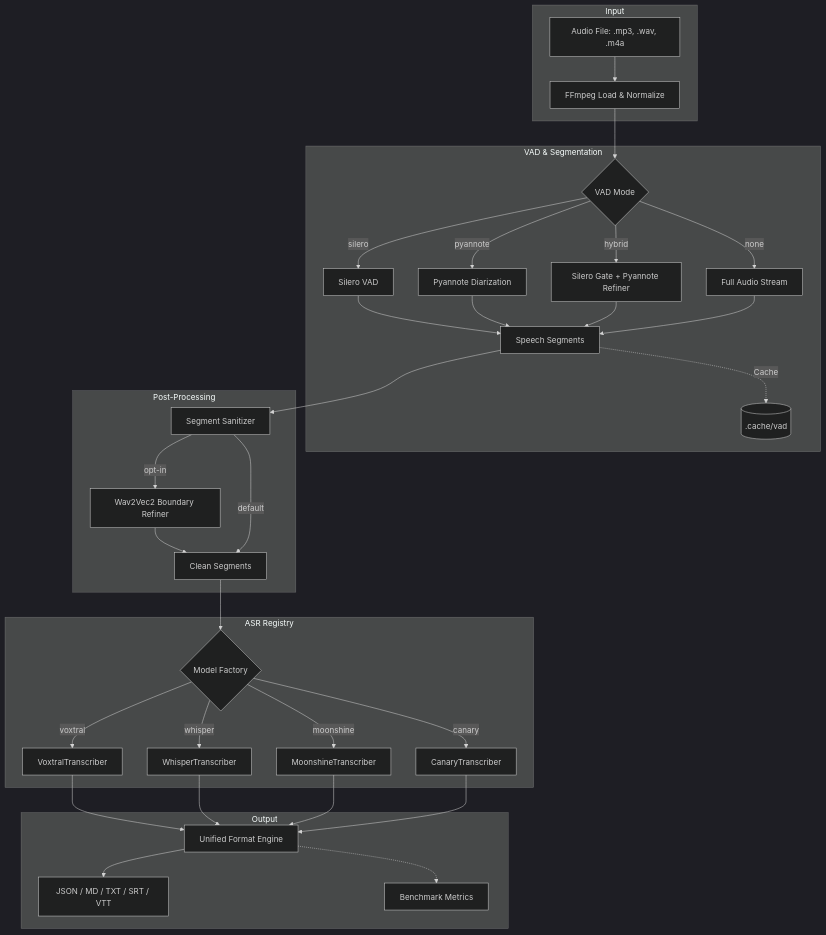
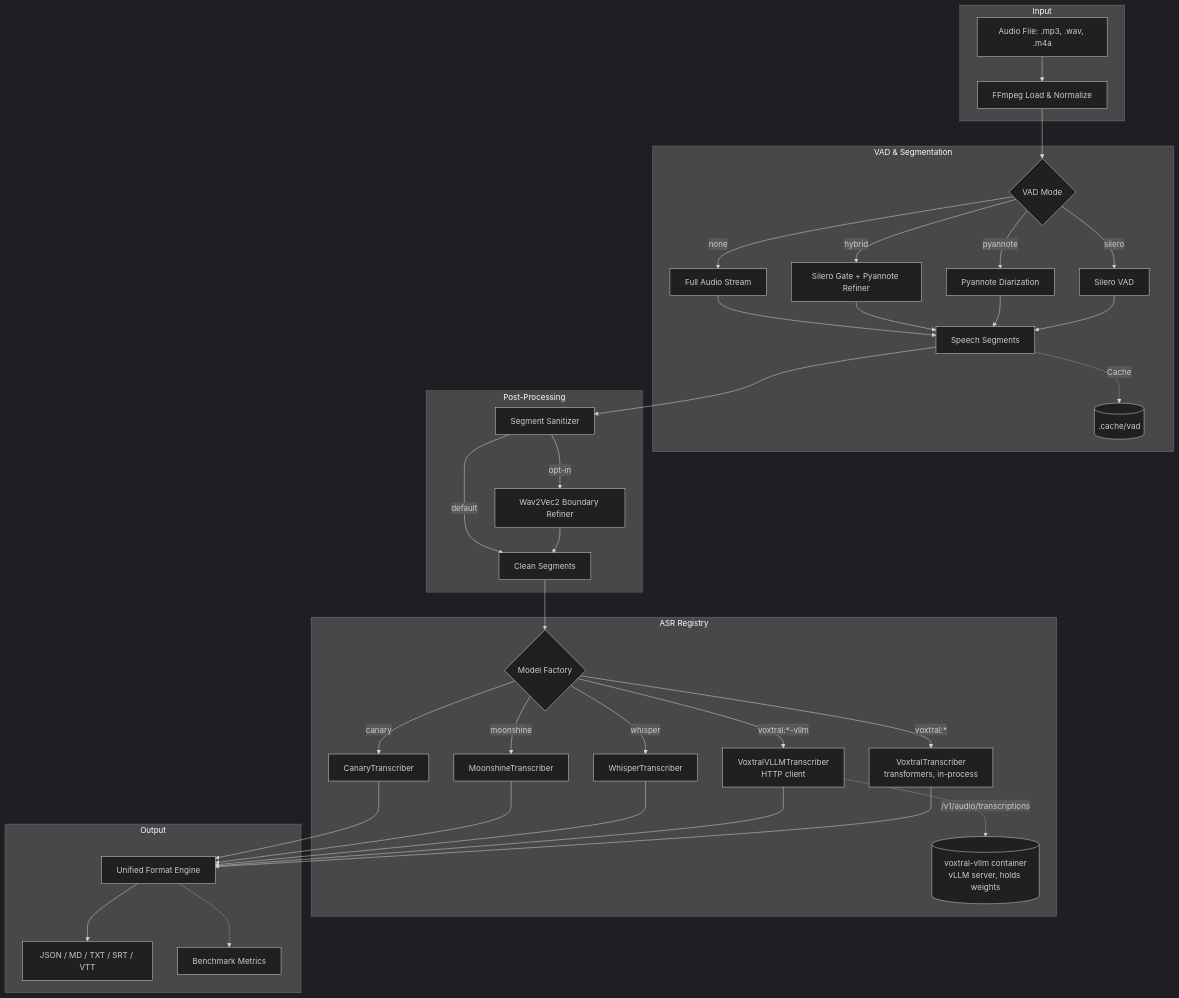
The diagram in README.md (ghecko/VoxBench), drawn with Mermaid (dark theme) before and after one commit. The commit also changed other lines of this file and 7 other files, not shown here.

First line of the commit message:
feat: add vLLM backend for Voxtral, default FA2 on non-Blackwell CUDA

````diff
--- a/README.md
+++ b/README.md
@@ -284,38 +363,40 @@
 ```mermaid
 graph TD
     subgraph Input
         A[Audio File: .mp3, .wav, .m4a] --> B[FFmpeg Load & Normalize]
     end
 
     subgraph "VAD & Segmentation"
         B --> C{VAD Mode}
         C -->|silero| D[Silero VAD]
         C -->|pyannote| E[Pyannote Diarization]
         C -->|hybrid| F[Silero Gate + Pyannote Refiner]
         C -->|none| G[Full Audio Stream]
 
         D & E & F & G --> H[Speech Segments]
         H -.->|Cache| I[(.cache/vad)]
     end
 
     subgraph "Post-Processing"
         H --> H1[Segment Sanitizer]
         H1 -->|opt-in| H2[Wav2Vec2 Boundary Refiner]
         H2 --> H3[Clean Segments]
         H1 -->|default| H3
     end
 
     subgraph "ASR Registry"
         H3 --> J{Model Factory}
-        J -->|voxtral| K[VoxtralTranscriber]
+        J -->|voxtral:*| K[VoxtralTranscriber<br/>transformers, in-process]
+        J -->|voxtral:*-vllm| KV[VoxtralVLLMTranscriber<br/>HTTP client]
+        KV -.->|/v1/audio/transcriptions| KVS[(voxtral-vllm container<br/>vLLM server, holds weights)]
         J -->|whisper| L[WhisperTranscriber]
         J -->|moonshine| M[MoonshineTranscriber]
         J -->|canary| N[CanaryTranscriber]
     end
 
     subgraph "Output"
-        K & L & M & N --> O[Unified Format Engine]
+        K & KV & L & M & N --> O[Unified Format Engine]
         O --> P[JSON / MD / TXT / SRT / VTT]
         O -.-> Q[Benchmark Metrics]
     end
 ```
````
